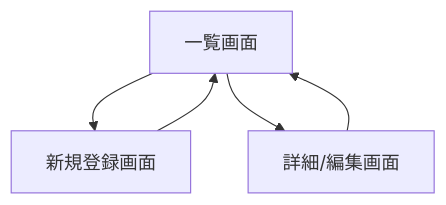
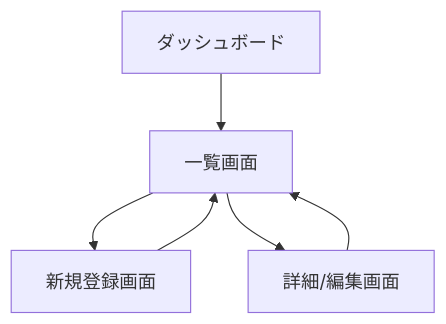
One commit to m-shimizu-f-50/nuxt3-fc25-tools changed the diagram in docs/design/system_design.md. Above: the diagram before and after it, drawn with Mermaid. The commit also changed other lines of this file, not shown here.

````diff
--- a/docs/design/system_design.md
+++ b/docs/design/system_design.md
@@ -47,7 +56,8 @@
 ```mermaid
 graph TD
-    A[一覧画面] --> B[新規登録画面]
+    D[ダッシュボード] --> A[一覧画面]
+    A --> B[新規登録画面]
     A --> C[詳細/編集画面]
     B --> A
     C --> A
 ```
````
